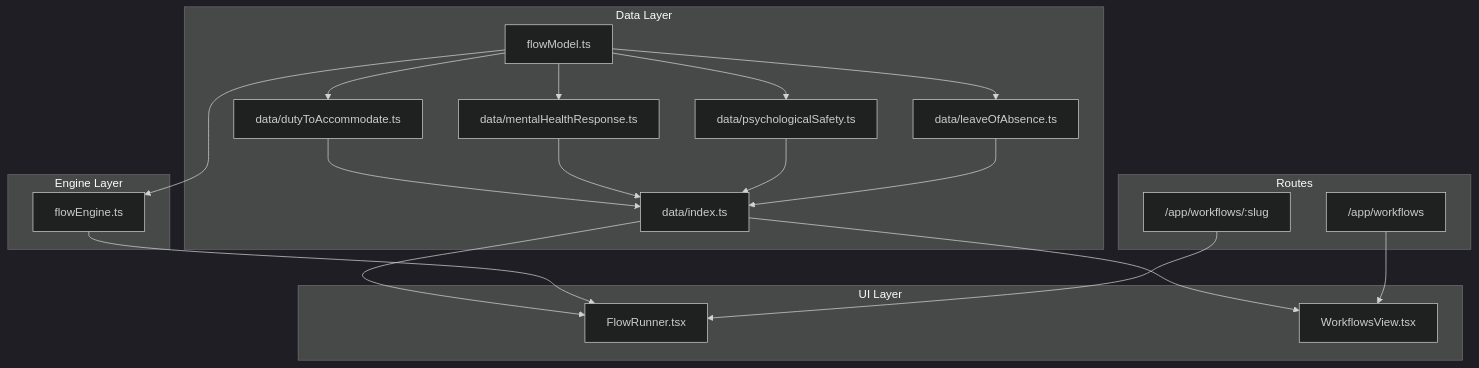
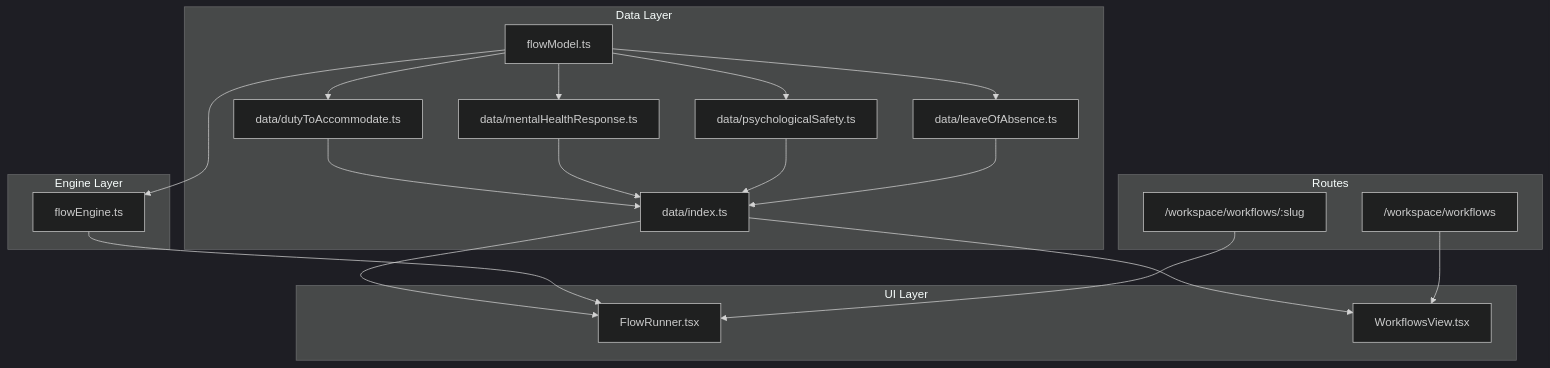
The first of 7 diagrams in docs/wiki/Guided-Workflows-Reference-Guides.md (Dutiva-Canada/Dutiva_Web), drawn with Mermaid (dark theme) before and after one commit. The commit also changed other lines of this file and 107 other files, not shown here.

````diff
--- a/docs/wiki/Guided-Workflows-Reference-Guides.md
+++ b/docs/wiki/Guided-Workflows-Reference-Guides.md
@@ -46,40 +46,40 @@
 ```mermaid
 graph TD
     subgraph "Data Layer"
         FM["flowModel.ts"]
         DTA["data/dutyToAccommodate.ts"]
         MHR["data/mentalHealthResponse.ts"]
         PSC["data/psychologicalSafety.ts"]
         LOA["data/leaveOfAbsence.ts"]
         FDI["data/index.ts"]
     end
 
     subgraph "Engine Layer"
         FE["flowEngine.ts"]
     end
 
     subgraph "UI Layer"
         FR["FlowRunner.tsx"]
         WV["WorkflowsView.tsx"]
     end
 
     subgraph "Routes"
-        R1["/app/workflows"]
-        R2["/app/workflows/:slug"]
+        R1["/workspace/workflows"]
+        R2["/workspace/workflows/:slug"]
     end
 
     FM --> FE
     FM --> DTA
     FM --> MHR
     FM --> PSC
     FM --> LOA
     DTA --> FDI
     MHR --> FDI
     PSC --> FDI
     LOA --> FDI
     FDI --> FR
     FDI --> WV
     FE --> FR
     R1 --> WV
     R2 --> FR
 ```
````
